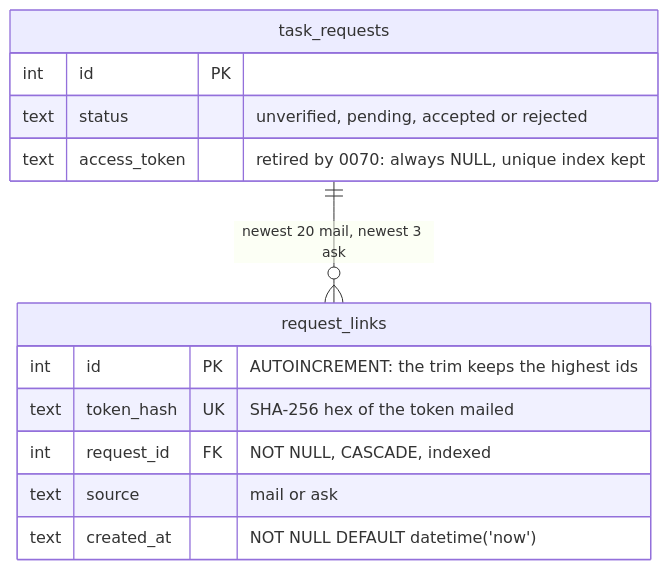
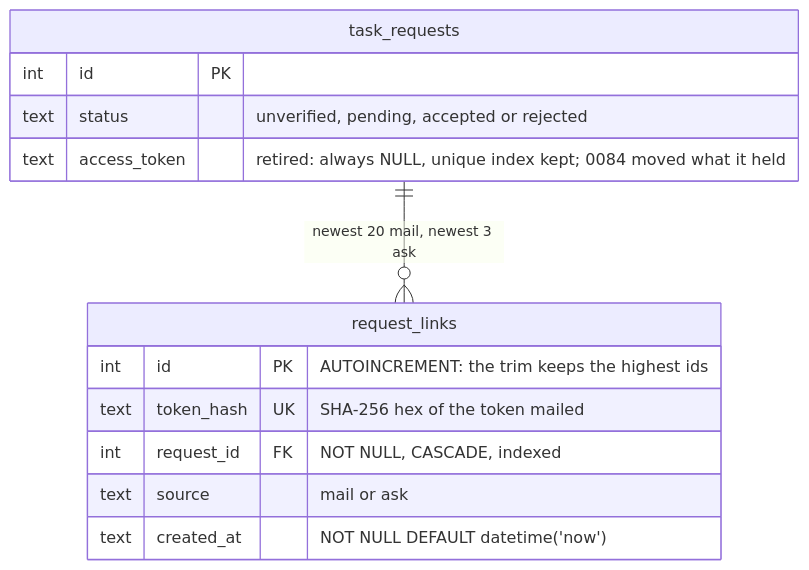
Before and after one commit to gitBoon/DumpFire: diagram 33 of 60 in docs/data-model.md, drawn with Mermaid. The commit also changed other lines of this file and 123 other files, not shown here.

````diff
--- a/docs/data-model.md
+++ b/docs/data-model.md
@@ -2516,16 +2537,16 @@
 ```mermaid
 erDiagram
     task_requests ||--o{ request_links : "newest 20 mail, newest 3 ask"
     task_requests {
         int id PK
         text status "unverified, pending, accepted or rejected"
-        text access_token "retired by 0070: always NULL, unique index kept"
+        text access_token "retired: always NULL, unique index kept; 0084 moved what it held"
     }
     request_links {
         int id PK "AUTOINCREMENT: the trim keeps the highest ids"
         text token_hash UK "SHA-256 hex of the token mailed"
         int request_id FK "NOT NULL, CASCADE, indexed"
         text source "mail or ask"
         text created_at "NOT NULL DEFAULT datetime('now')"
     }
 ```
````
